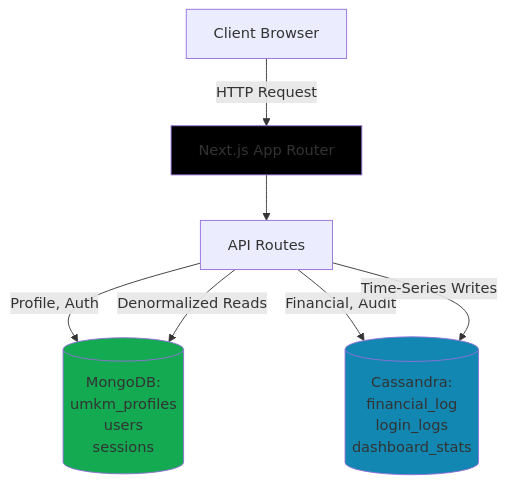
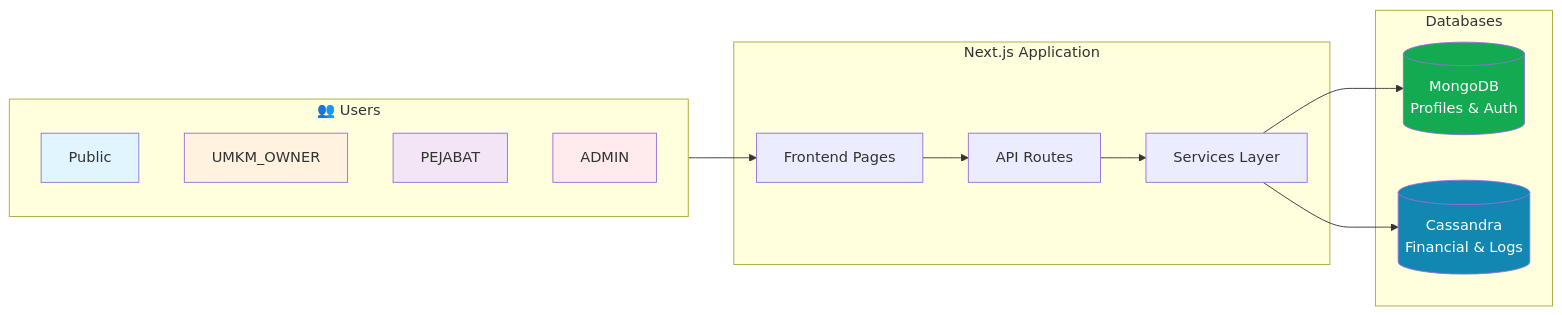
Before and after one commit to codewara/SIGMA-UMKM: the first of 4 diagrams in README.md, drawn with Mermaid. The commit also changed other lines of this file, not shown here.

````diff
--- a/README.md
+++ b/README.md
@@ -13,19 +13,33 @@
 ```mermaid
-flowchart TB
-    Client[Client Browser]
-    NextJS[Next.js App Router]
-    API[API Routes]
-    Mongo[(MongoDB:<br/>umkm_profiles<br/>users<br/>sessions)]
-    Cass[(Cassandra:<br/>financial_log<br/>login_logs<br/>dashboard_stats)]
+flowchart LR
+    subgraph Users["👥 Users"]
+        Public["Public"]
+        Owner["UMKM_OWNER"]
+        Pejabat["PEJABAT"]
+        Admin["ADMIN"]
+    end
     
-    Client -->|HTTP Request| NextJS
-    NextJS --> API
-    API -->|Profile, Auth| Mongo
-    API -->|Financial, Audit| Cass
-    API -->|Denormalized Reads| Mongo
-    API -->|Time-Series Writes| Cass
+    subgraph App["Next.js Application"]
+        Frontend["Frontend Pages"]
+        API["API Routes"]
+        Services["Services Layer"]
+    end
     
-    style Mongo fill:#13aa52
-    style Cass fill:#1287b1
-    style NextJS fill:#000000
+    subgraph DB["Databases"]
+        Mongo[("MongoDB<br/>Profiles & Auth")]
+        Cass[("Cassandra<br/>Financial & Logs")]
+    end
+    
+    Users --> Frontend
+    Frontend --> API
+    API --> Services
+    Services --> Mongo
+    Services --> Cass
+    
+    style Mongo fill:#13aa52,color:#fff
+    style Cass fill:#1287b1,color:#fff
+    style Public fill:#e1f5ff
+    style Owner fill:#fff3e0
+    style Pejabat fill:#f3e5f5
+    style Admin fill:#ffebee
 ```
````
